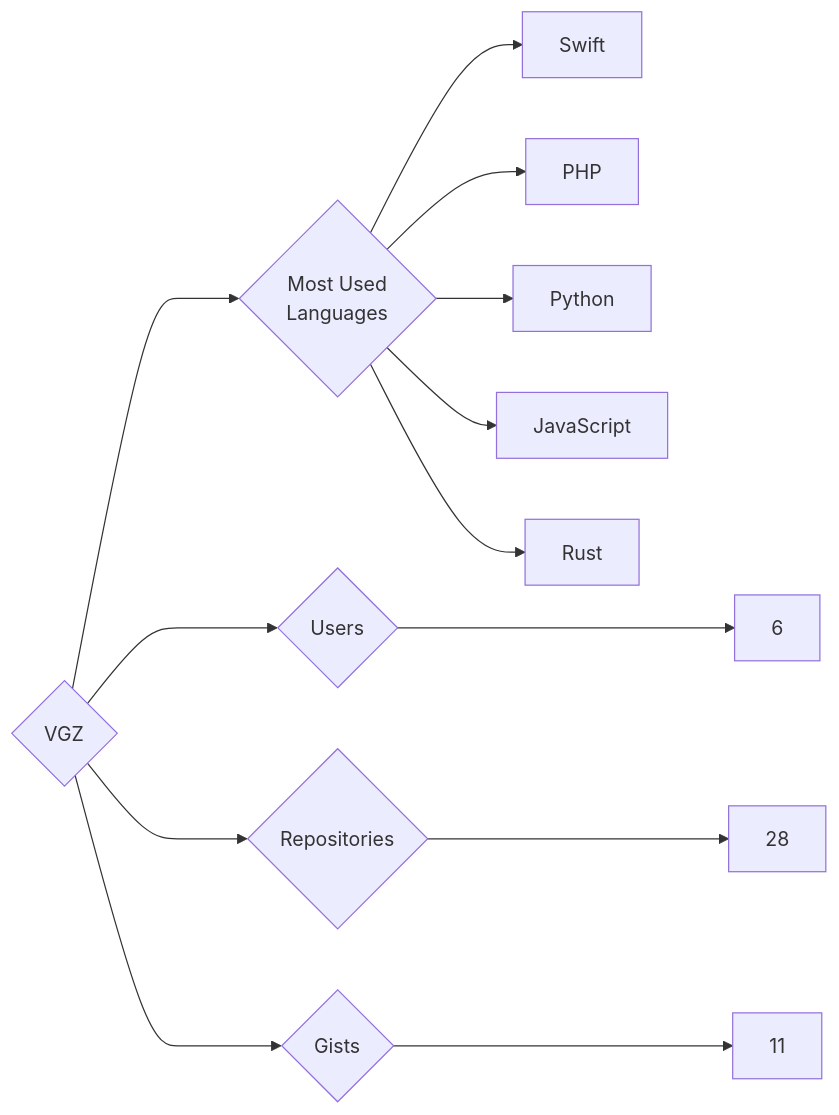
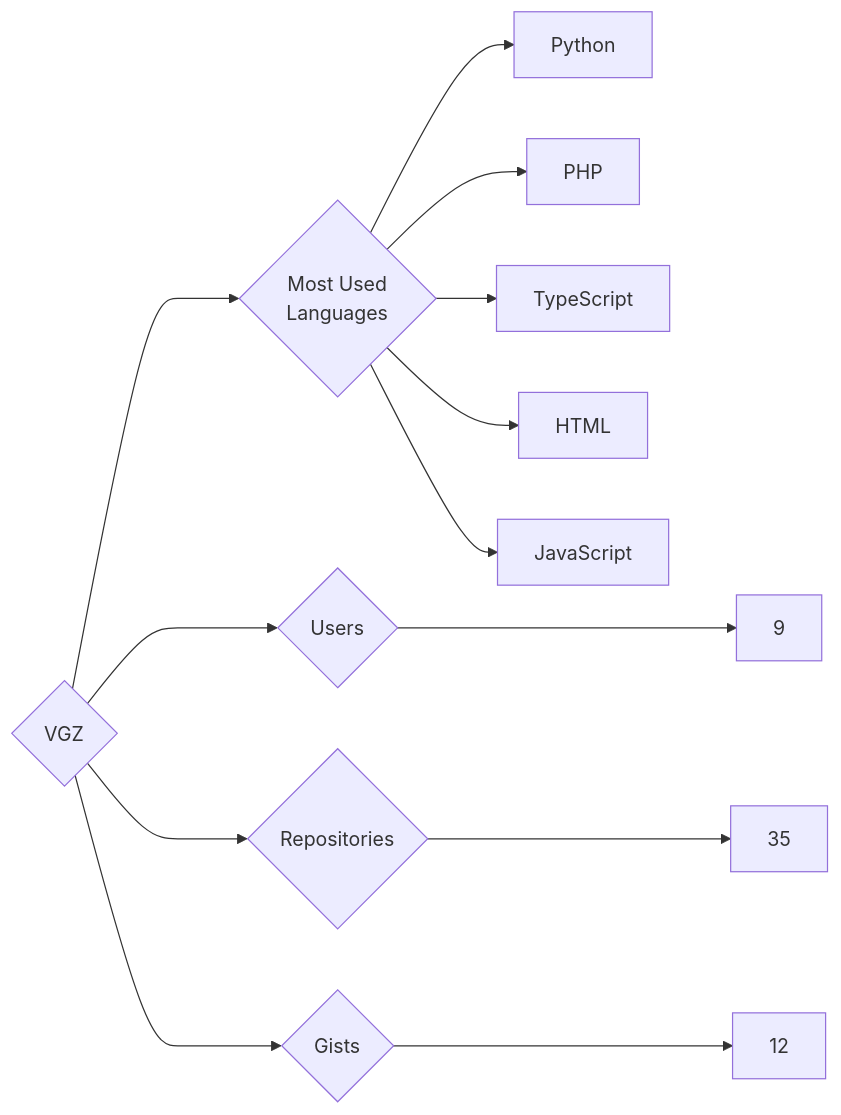
Before and after one commit to trickest/insiders: the diagram in targets/VGZ/README.md, drawn with Mermaid. The commit also changed 928 other files, not shown here.

````diff
--- a/targets/VGZ/README.md
+++ b/targets/VGZ/README.md
@@ -3,13 +3,13 @@
 ```mermaid
 graph LR
 COMPANY_NAME{VGZ}
-COMPANY_NAME ---> U{Users} ---> UN[6]
-COMPANY_NAME ---> R{Repositories} ---> RN[28]
-COMPANY_NAME ---> G{Gists} ---> GN[11]
+COMPANY_NAME ---> U{Users} ---> UN[9]
+COMPANY_NAME ---> R{Repositories} ---> RN[35]
+COMPANY_NAME ---> G{Gists} ---> GN[12]
 COMPANY_NAME ---> ML{Most Used<br>Languages}
-ML --> Swift[Swift]
+ML --> Python[Python]
 ML --> PHP[PHP]
-ML --> Python[Python]
+ML --> TypeScript[TypeScript]
+ML --> HTML[HTML]
 ML --> JavaScript[JavaScript]
-ML --> Rust[Rust]
 ```
````
